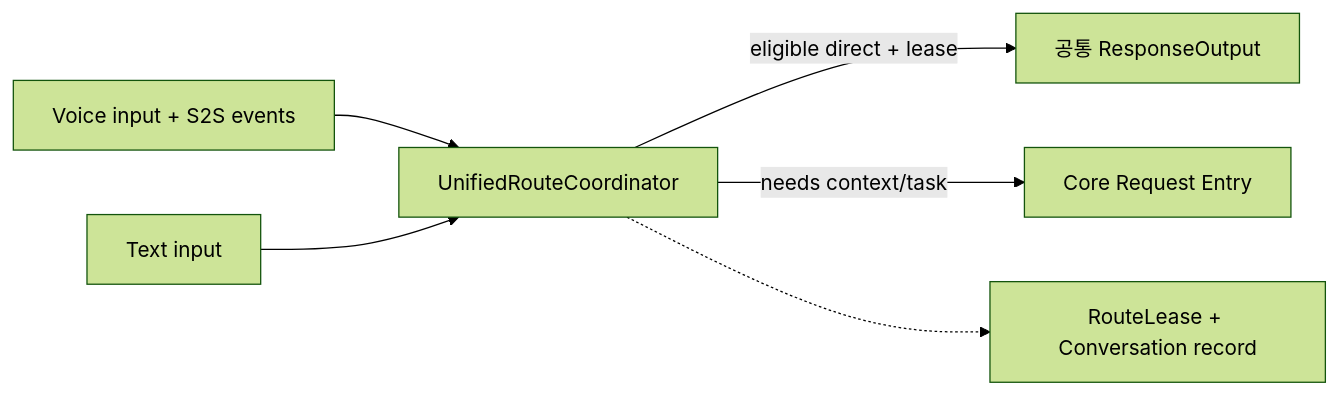
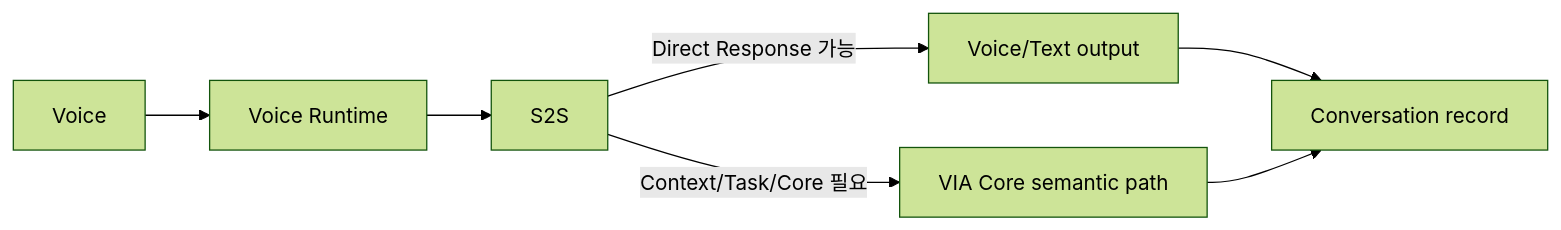
One commit to cbyche/via-sw-architecture changed the diagram in docs/rebaseline/12-gate2/INT-DP01.md. Above: the diagram before and after it, drawn with Mermaid (forest theme). The commit also changed other lines of this file and 2 other files, not shown here.

````diff
--- a/docs/rebaseline/12-gate2/INT-DP01.md
+++ b/docs/rebaseline/12-gate2/INT-DP01.md
@@ -31,8 +11,9 @@
 ```mermaid
 flowchart LR
-  V[Voice input + S2S events] --> U[UnifiedRouteCoordinator]
-  T[Text input] --> U
-  U -->|eligible direct + lease| O[공통 ResponseOutput]
-  U -->|needs context/task| K[Core Request Entry]
-  U -.-> L[RouteLease + Conversation record]
+  U[Voice] --> V[Voice Runtime]
+  V --> S[S2S]
+  S -->|Direct Response 가능| O[Voice/Text output]
+  S -->|Context/Task/Core 필요| C[VIA Core semantic path]
+  O --> R[Conversation record]
+  C --> R
 ```
````
